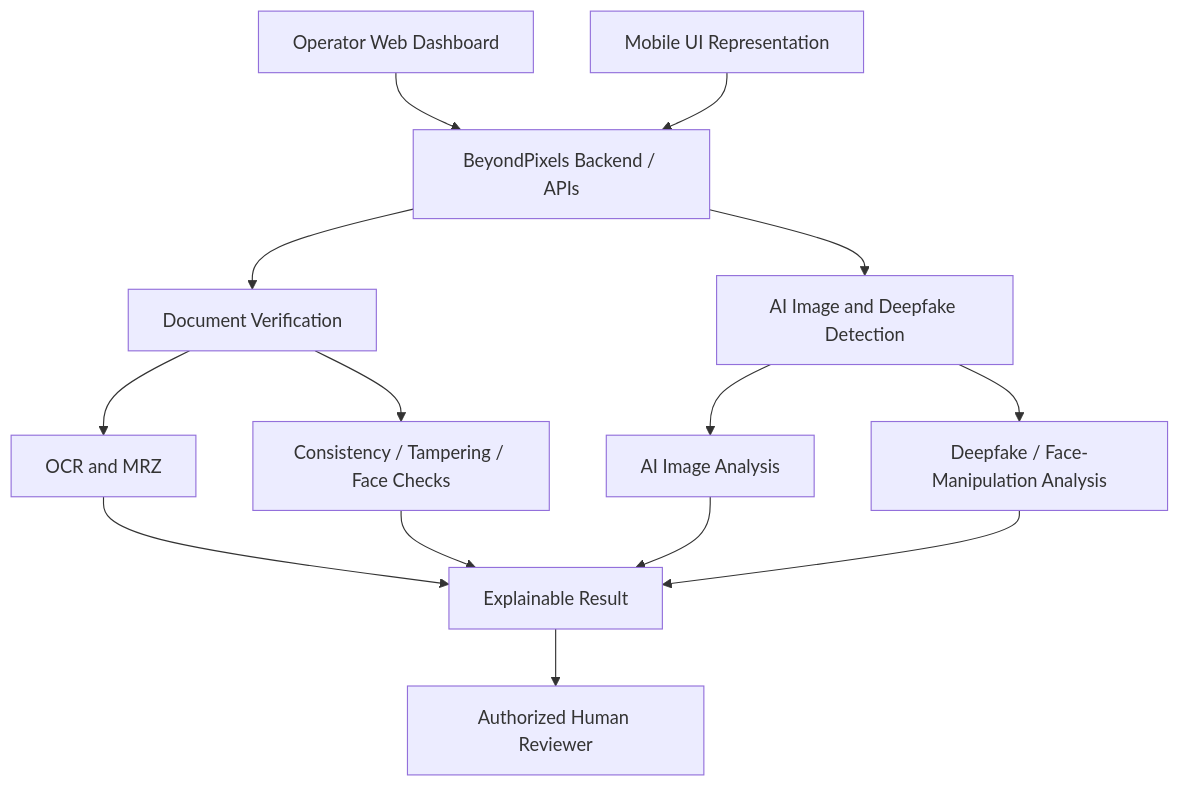
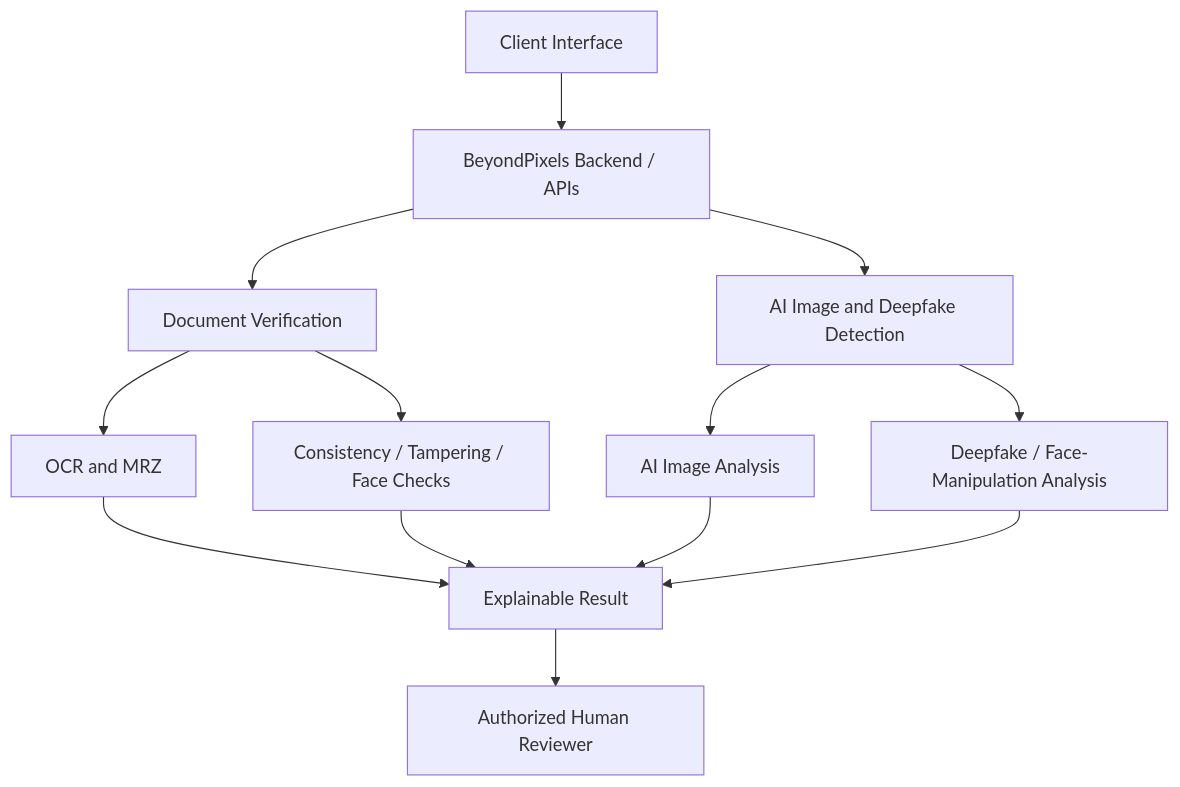
Before and after one commit to Lucifer-358-coder/BeyondPixels-SIH-2026: the diagram in docs/ARCHITECTURE.md, drawn with Mermaid. The commit also changed other lines of this file, not shown here.

Commit message:
docs: remove premature website architecture claims

````diff
--- a/docs/ARCHITECTURE.md
+++ b/docs/ARCHITECTURE.md
@@ -3,16 +3,15 @@
 ```mermaid
 flowchart TB
-    UI1[Operator Web Dashboard] --> API[BeyondPixels Backend / APIs]
-    UI2[Mobile UI Representation] --> API
+    UI[Client Interface] --> API[BeyondPixels Backend / APIs]
     API --> DV[Document Verification]
     API --> AIDF[AI Image and Deepfake Detection]
     DV --> OCR[OCR and MRZ]
     DV --> DOC[Consistency / Tampering / Face Checks]
     AIDF --> AI[AI Image Analysis]
     AIDF --> DF[Deepfake / Face-Manipulation Analysis]
     OCR --> REV[Explainable Result]
     DOC --> REV
     AI --> REV
     DF --> REV
     REV --> HUMAN[Authorized Human Reviewer]
 ```
````
